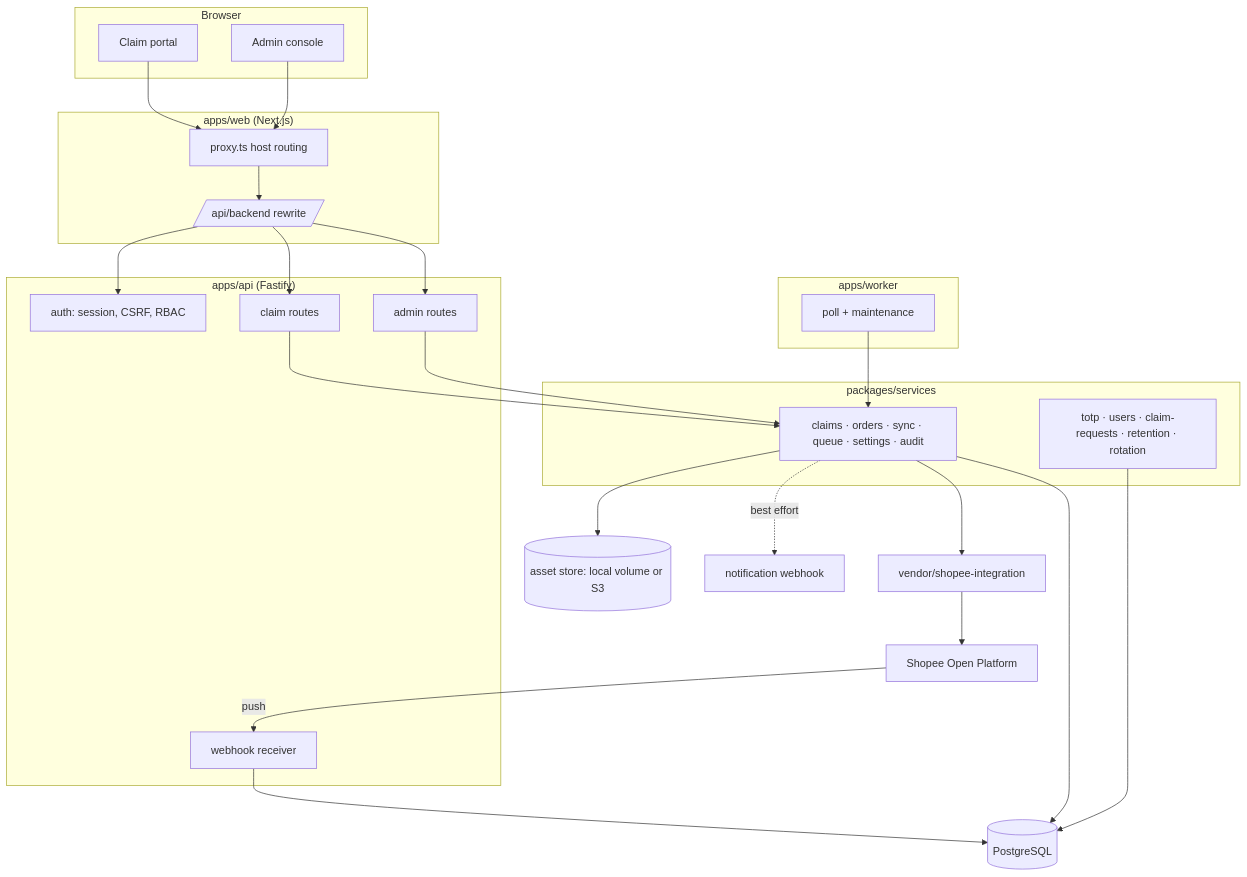
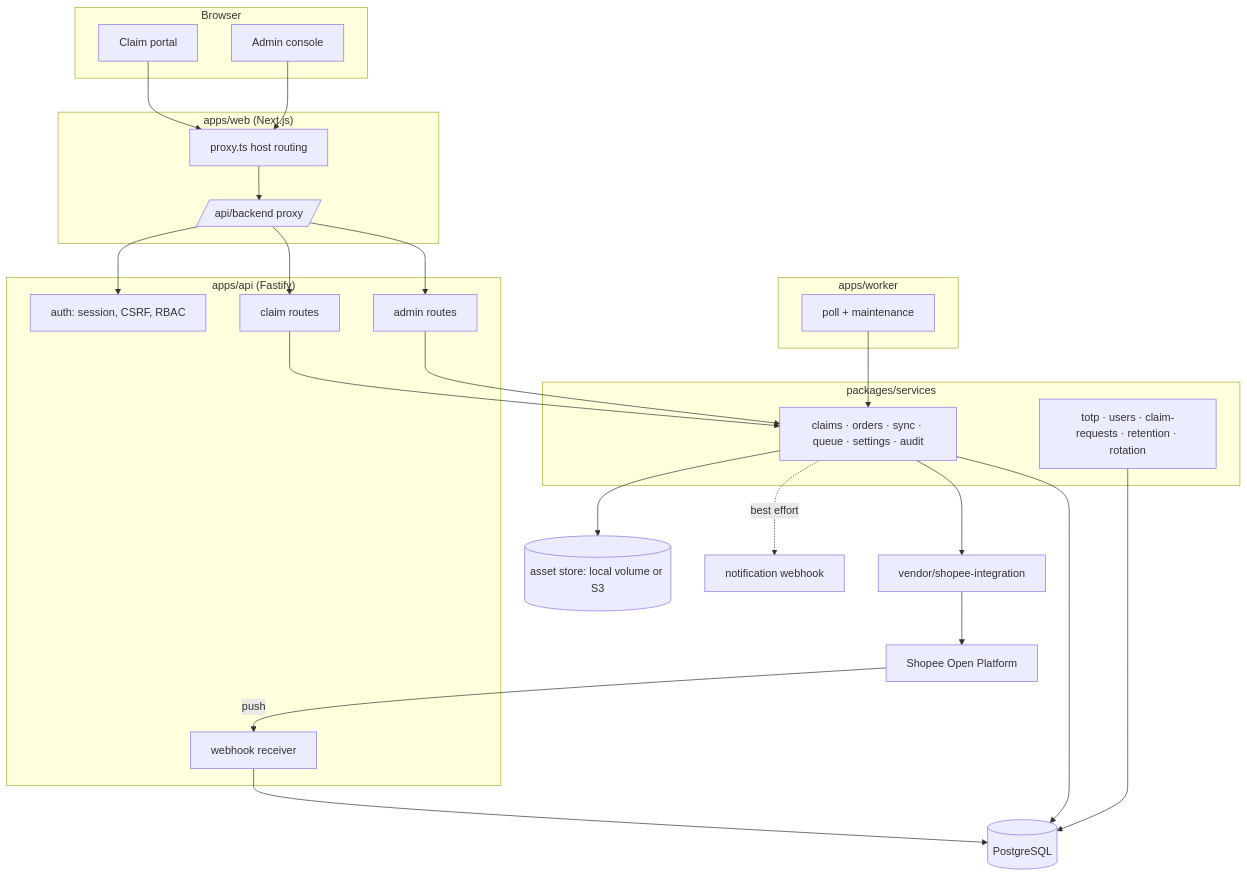
Before and after one commit to indraoverflow/shopee-digital-delivery: the first of 3 diagrams in docs/architecture.md, drawn with Mermaid. The commit also changed 8 other files, not shown here.

First line of the commit message:
fix(web): proxy the API at request time instead of baking it into the image

````diff
--- a/docs/architecture.md
+++ b/docs/architecture.md
@@ -92,50 +92,50 @@
 ```mermaid
 flowchart TB
   subgraph Browser
     P[Claim portal]
     A[Admin console]
   end
 
   subgraph "apps/web (Next.js)"
     PX[proxy.ts host routing]
-    RW[/api/backend rewrite/]
+    RW[/api/backend proxy/]
   end
 
   subgraph "apps/api (Fastify)"
     AU[auth: session, CSRF, RBAC]
     CL[claim routes]
     AD[admin routes]
     WHK[webhook receiver]
   end
 
   subgraph "packages/services"
     SVC[claims · orders · sync · queue · settings · audit]
     SEC[totp · users · claim-requests · retention · rotation]
   end
 
   subgraph "apps/worker"
     LOOP[poll + maintenance]
   end
 
   PG[(PostgreSQL)]
   FS[(asset store: local volume or S3)]
   SHAPI[Shopee Open Platform]
   VEN[vendor/shopee-integration]
   HOOK[notification webhook]
 
   P --> PX --> RW --> AU
   A --> PX
   RW --> CL
   RW --> AD
   SHAPI -- push --> WHK
   CL --> SVC
   AD --> SVC
   WHK --> PG
   LOOP --> SVC
   SVC --> PG
   SVC --> FS
   SVC --> VEN
   SVC -. best effort .-> HOOK
   SEC --> PG
   VEN --> SHAPI
 ```
````
